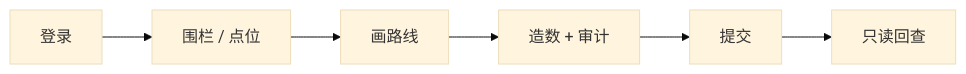
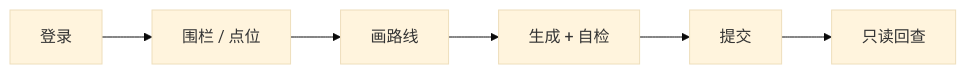
One commit to Knight-ask-art/KnightSportsWorldTool changed the diagram in README.md. Above: the diagram before and after it, drawn with Mermaid (base theme). The commit also changed other lines of this file and 2 other files, not shown here.

````diff
--- a/README.md
+++ b/README.md
@@ -120,8 +119,8 @@
 ```mermaid
 flowchart LR
     A["登录"] --> B["围栏 / 点位"]
     B --> C["画路线"]
-    C --> D["造数 + 审计"]
+    C --> D["生成 + 自检"]
     D --> E["提交"]
     E --> F["只读回查"]
 ```
````
